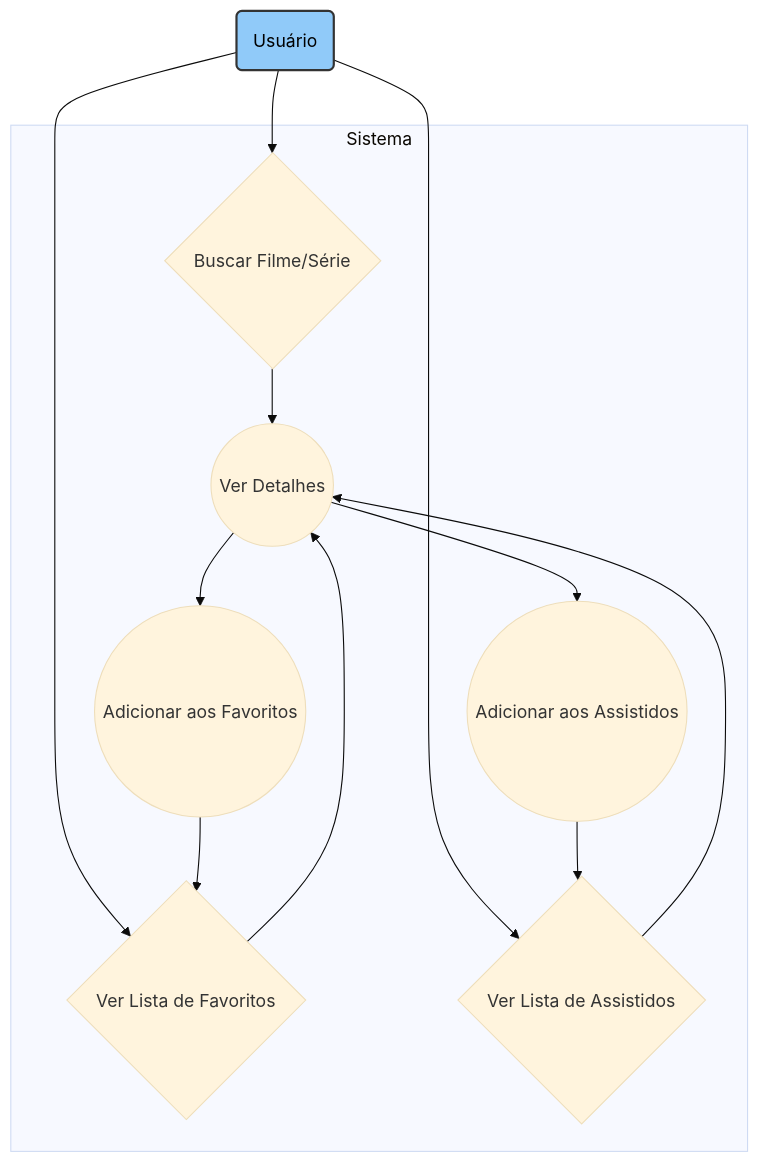
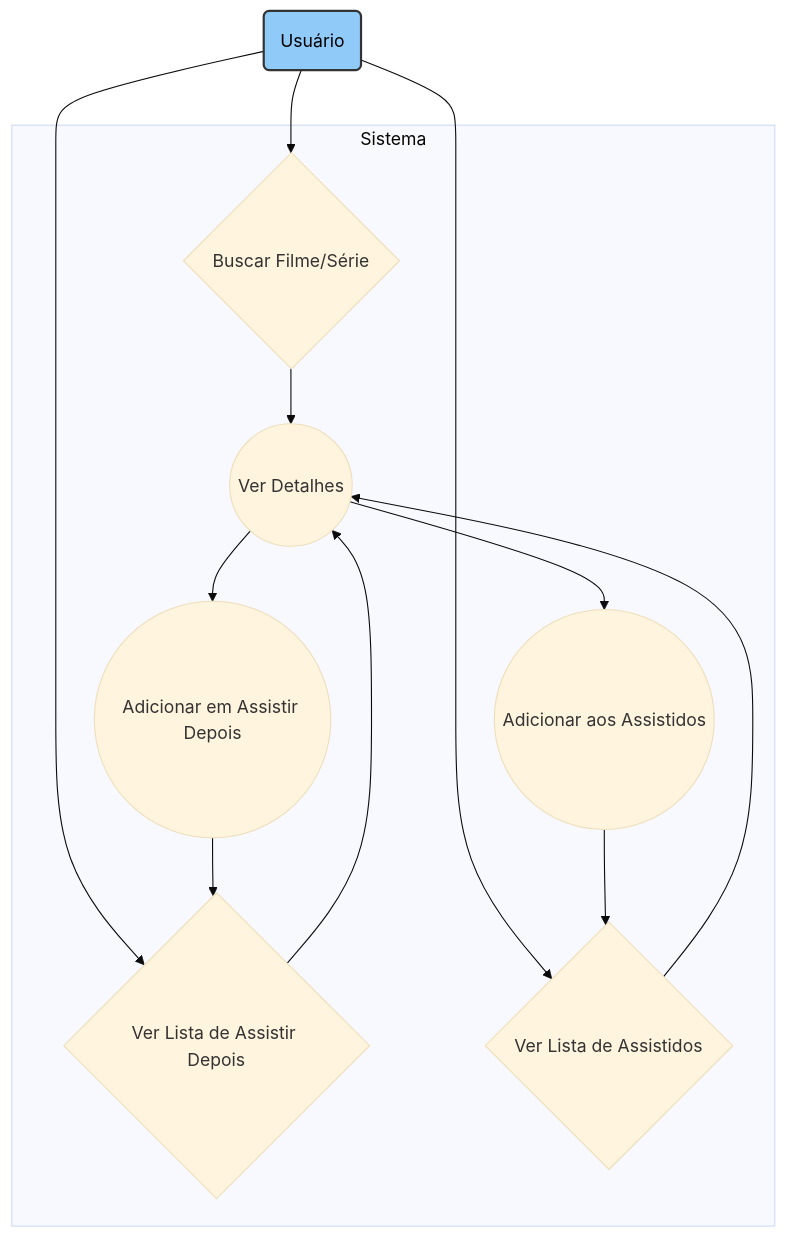
The diagram in README.md (lauramarson/ads-grupo15-cinetrack), drawn with Mermaid (base theme) before and after one commit. The commit also changed other lines of this file, not shown here.

````diff
--- a/README.md
+++ b/README.md
@@ -21,24 +21,24 @@
 ```mermaid
 graph TD
     A(Usuário) --> B{Buscar Filme/Série};
-    A --> C{Ver Lista de Favoritos};
+    A --> C{Ver Lista de Assistir Depois};
     A --> D{Ver Lista de Assistidos};
     B --> E((Ver Detalhes));
-    E --> F((Adicionar aos Favoritos));
+    E --> F((Adicionar em Assistir Depois));
     E --> G((Adicionar aos Assistidos));
     C --> E;
     D --> E;
     F --> C;
     G --> D;
 
     subgraph "Sistema"
         B
         C
         D
         E
         F
         G
     end
 
     style A fill:#90caf9,stroke:#333,stroke-width:2px,color:#000
 ```
````
